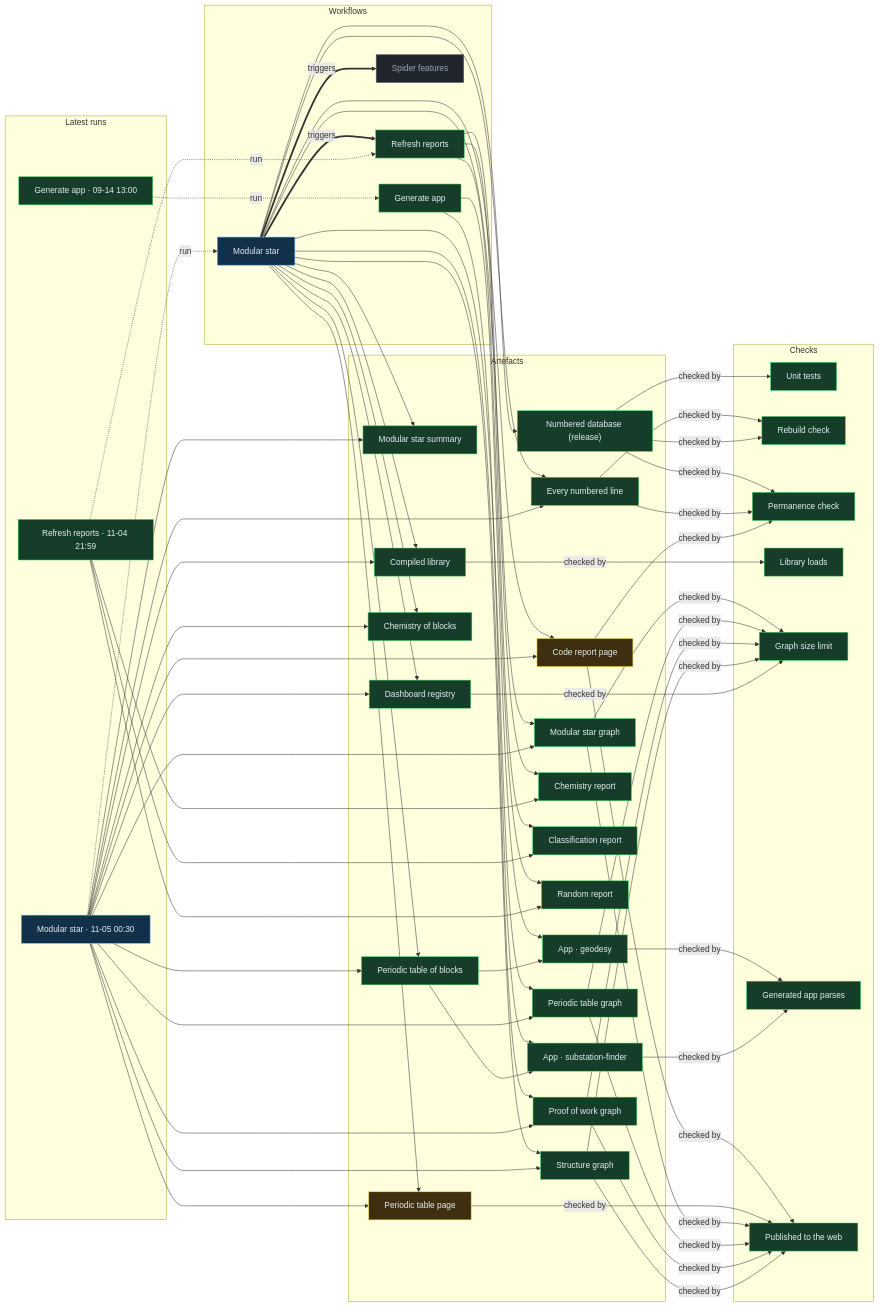
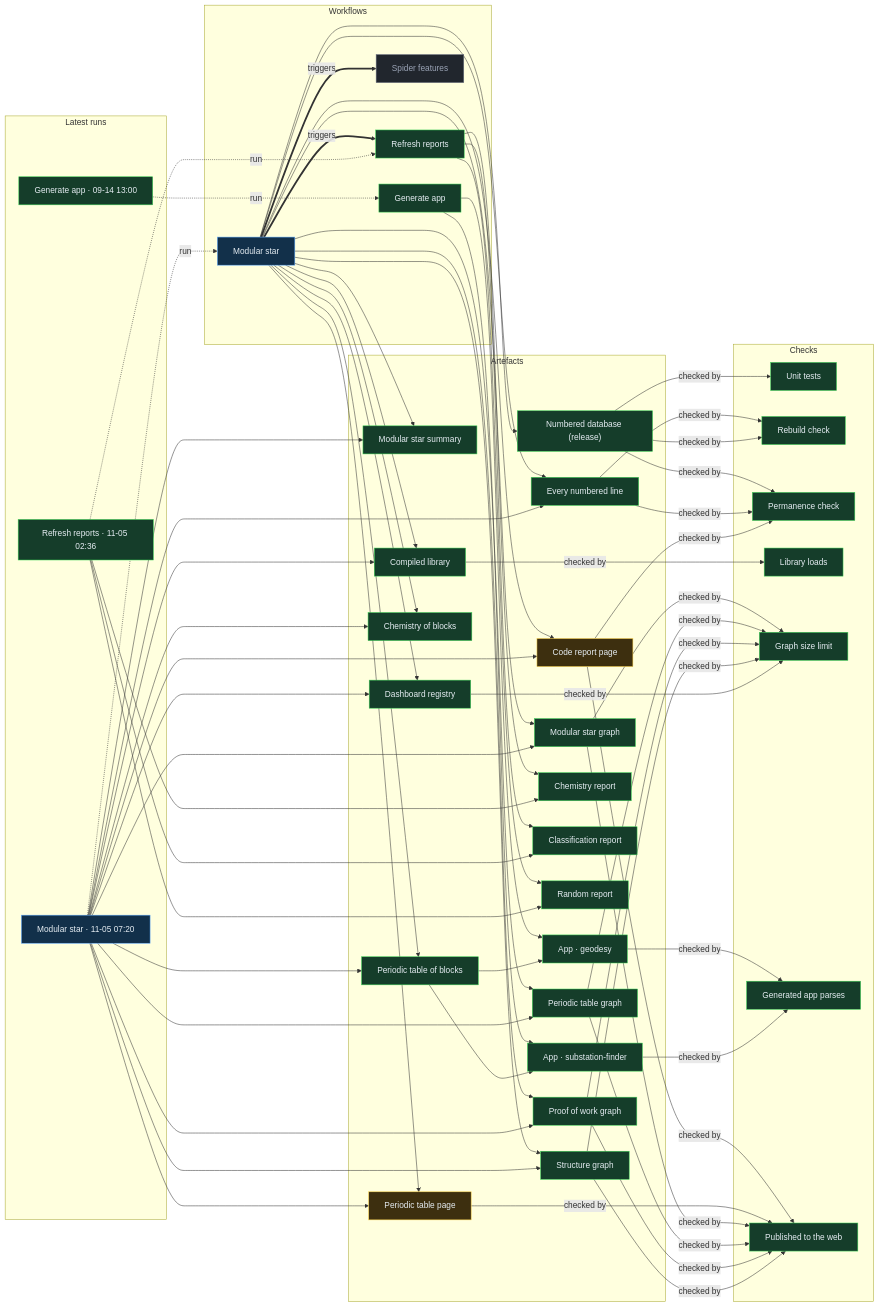
Before and after one commit to Ventusltd/stars: the diagram in proof/PROOF.md, drawn with Mermaid. The commit also changed other lines of this file and 49 other files, not shown here.

Commit message:
Modular star 2026-11-05T07:22Z

```diff
--- a/proof/PROOF.md
+++ b/proof/PROOF.md
@@ -24,8 +24,8 @@
   n_wf_spider_features["Spider features"]:::off
   end
   subgraph g_runs["Latest runs"]
-  n_run_41941857222["Modular star · 11-05 00:30"]:::live
-  n_run_41921132086["Refresh reports · 11-04 21:59"]:::ok
+  n_run_41986501907["Modular star · 11-05 07:20"]:::live
+  n_run_41956323410["Refresh reports · 11-05 02:36"]:::ok
   n_run_34846587798["Generate app · 09-14 13:00"]:::ok
   end
   subgraph g_artefacts["Artefacts"]
@@ -59,39 +59,39 @@
   end
   n_wf_modular_star == triggers ==> n_wf_refresh
   n_wf_modular_star == triggers ==> n_wf_spider_features
-  n_run_41941857222 -. run .-> n_wf_modular_star
-  n_run_41921132086 -. run .-> n_wf_refresh
+  n_run_41986501907 -. run .-> n_wf_modular_star
+  n_run_41956323410 -. run .-> n_wf_refresh
   n_run_34846587798 -. run .-> n_wf_generate
   n_wf_modular_star --> n_art_summary
-  n_run_41941857222 --> n_art_summary
+  n_run_41986501907 --> n_art_summary
   n_wf_modular_star --> n_art_lines
-  n_run_41941857222 --> n_art_lines
+  n_run_41986501907 --> n_art_lines
   n_wf_modular_star --> n_art_code
-  n_run_41941857222 --> n_art_code
+  n_run_41986501907 --> n_art_code
   n_wf_modular_star --> n_art_modular_graph
-  n_run_41941857222 --> n_art_modular_graph
+  n_run_41986501907 --> n_art_modular_graph
   n_wf_modular_star --> n_art_blocks
-  n_run_41941857222 --> n_art_blocks
+  n_run_41986501907 --> n_art_blocks
   n_wf_modular_star --> n_art_table
-  n_run_41941857222 --> n_art_table
+  n_run_41986501907 --> n_art_table
   n_wf_modular_star --> n_art_blocks_graph
-  n_run_41941857222 --> n_art_blocks_graph
+  n_run_41986501907 --> n_art_blocks_graph
   n_wf_modular_star --> n_art_reactions
-  n_run_41941857222 --> n_art_reactions
+  n_run_41986501907 --> n_art_reactions
   n_wf_modular_star --> n_art_library
-  n_run_41941857222 --> n_art_library
+  n_run_41986501907 --> n_art_library
   n_wf_modular_star --> n_art_features
-  n_run_41941857222 --> n_art_features
+  n_run_41986501907 --> n_art_features
   n_wf_modular_star --> n_art_proof
-  n_run_41941857222 --> n_art_proof
+  n_run_41986501907 --> n_art_proof
   n_wf_modular_star --> n_art_structure
-  n_run_41941857222 --> n_art_structure
+  n_run_41986501907 --> n_art_structure
   n_wf_refresh --> n_art_chemistry
-  n_run_41921132086 --> n_art_chemistry
+  n_run_41956323410 --> n_art_chemistry
   n_wf_refresh --> n_art_vedic
-  n_run_41921132086 --> n_art_vedic
+  n_run_41956323410 --> n_art_vedic
   n_wf_refresh --> n_art_random
-  n_run_41921132086 --> n_art_random
+  n_run_41956323410 --> n_art_random
   n_wf_modular_star --> n_art_release
   n_wf_generate --> n_app_geodesy
   n_art_blocks --> n_app_geodesy
```
